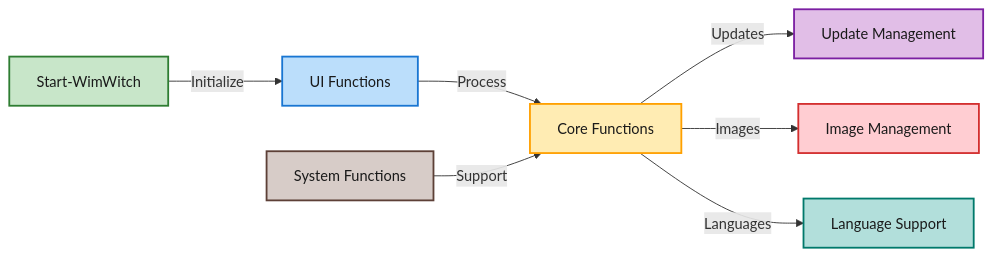
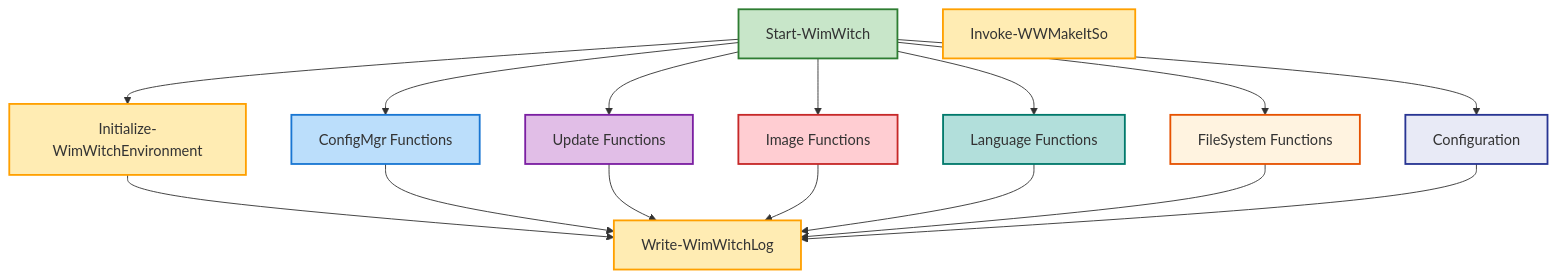
One commit to mchave3/WimWitch-Reloaded changed the diagram in src/functions/README.md. Above: the diagram before and after it, drawn with Mermaid. The commit also changed other lines of this file and 84 other files, not shown here.

First line of the commit message:
🔧 [Update]: Move Send-WWNotification, Invoke-WWDadJoke, Invoke-WWMISUpdate, and Write-WWClosingMessage functions to the Utilities and Core directories.

````diff
--- a/src/functions/README.md
+++ b/src/functions/README.md
@@ -68,30 +789,43 @@
 ```mermaid
-graph LR
-    %% Styles
-    classDef publicModule fill:#c8e6c9,stroke:#2e7d32,stroke-width:2px,color:#1a1a1a
-    classDef uiModule fill:#bbdefb,stroke:#1976d2,stroke-width:2px,color:#1a1a1a
-    classDef coreModule fill:#ffecb3,stroke:#ffa000,stroke-width:2px,color:#1a1a1a
-    classDef updateModule fill:#e1bee7,stroke:#7b1fa2,stroke-width:2px,color:#1a1a1a
-    classDef imageModule fill:#ffcdd2,stroke:#d32f2f,stroke-width:2px,color:#1a1a1a
-    classDef langModule fill:#b2dfdb,stroke:#00796b,stroke-width:2px,color:#1a1a1a
-    classDef sysModule fill:#d7ccc8,stroke:#5d4037,stroke-width:2px,color:#1a1a1a
+graph TB
+    %% Style Definitions
+    classDef public fill:#c8e6c9,stroke:#2e7d32,stroke-width:2px
+    classDef core fill:#ffecb3,stroke:#ffa000,stroke-width:2px
+    classDef configmgr fill:#bbdefb,stroke:#1976d2,stroke-width:2px
+    classDef update fill:#e1bee7,stroke:#7b1fa2,stroke-width:2px
+    classDef image fill:#ffcdd2,stroke:#c62828,stroke-width:2px
+    classDef lang fill:#b2dfdb,stroke:#00796b,stroke-width:2px
+    classDef fs fill:#fff3e0,stroke:#e65100,stroke-width:2px
+    classDef config fill:#e8eaf6,stroke:#283593,stroke-width:2px
 
-    %% Main Components
-    Start[Start-WimWitch]:::publicModule
-    UI[UI Functions]:::uiModule
-    Core[Core Functions]:::coreModule
+    %% Main Nodes
+    Start[Start-WimWitch]:::public
+    Init[Initialize-WimWitchEnvironment]:::core
+    Log[Write-WimWitchLog]:::core
+    Make[Invoke-WWMakeItSo]:::core
     
-    %% Supporting Modules
-    Updates[Update Management]:::updateModule
-    Image[Image Management]:::imageModule
-    Lang[Language Support]:::langModule
-    Sys[System Functions]:::sysModule
+    %% Module Nodes
+    ConfigMgr[ConfigMgr Functions]:::configmgr
+    Update[Update Functions]:::update
+    Image[Image Functions]:::image
+    Lang[Language Functions]:::lang
+    FS[FileSystem Functions]:::fs
+    Config[Configuration]:::config
 
-    %% Connections
-    Start --> |"Initialize"| UI
-    UI --> |"Process"| Core
-    Core --> |"Updates"| Updates
-    Core --> |"Images"| Image
-    Core --> |"Languages"| Lang
-    Sys --> |"Support"| Core
+    %% Dependencies
+    Start --> Init
+    Start --> ConfigMgr
+    Start --> Update
+    Start --> Image
+    Start --> Lang
+    Start --> FS
+    Start --> Config
+    
+    Init --> Log
+    ConfigMgr --> Log
+    Update --> Log
+    Image --> Log
+    Lang --> Log
+    FS --> Log
+    Config --> Log
 ```
````
